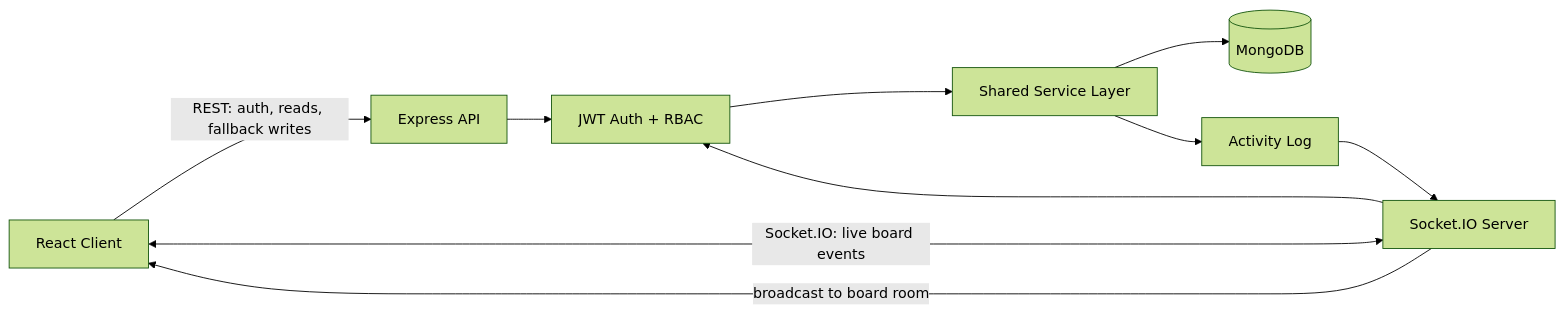
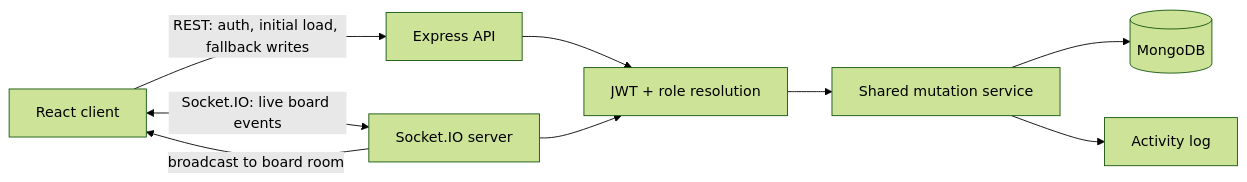
The diagram in README.md (qadeerdev12/SDLCFlow), drawn with Mermaid (forest theme) before and after one commit. The commit also changed other lines of this file and 12 other files, not shown here.

````diff
--- a/README.md
+++ b/README.md
@@ -50,12 +163,11 @@
 ```mermaid
 flowchart LR
-    Client["React Client"] -->|"REST: auth, reads, fallback writes"| API["Express API"]
-    Client <-->|"Socket.IO: live board events"| Socket["Socket.IO Server"]
-    API --> Auth["JWT Auth + RBAC"]
+    Client["React client"] -->|"REST: auth, initial load, fallback writes"| API["Express API"]
+    Client <-->|"Socket.IO: live board events"| Socket["Socket.IO server"]
+    API --> Auth["JWT + role resolution"]
     Socket --> Auth
-    Auth --> Services["Shared Service Layer"]
+    Auth --> Services["Shared mutation service"]
     Services --> Mongo[("MongoDB")]
-    Services --> Activity["Activity Log"]
-    Activity --> Socket
+    Services --> Activity["Activity log"]
     Socket -->|"broadcast to board room"| Client
 ```
````
